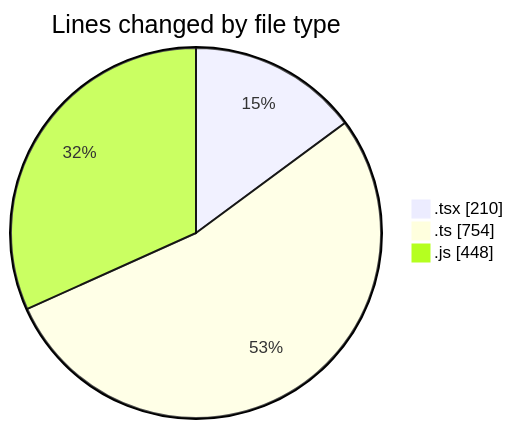
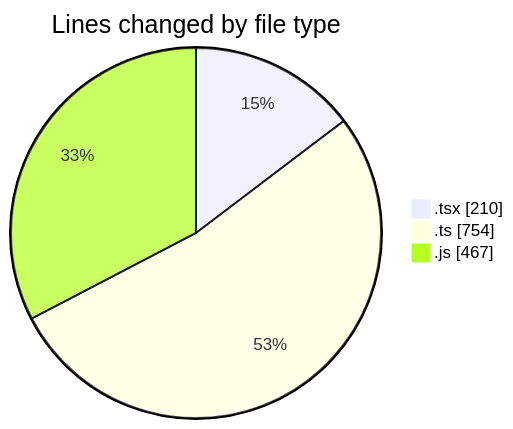
Before and after one commit to momahboobian/code-tracking: the first of 2 diagrams in 2026-06-01/cda/README.md, drawn with Mermaid. The commit also changed other lines of this file and 1 other file, not shown here.

````diff
--- a/2026-06-01/cda/README.md
+++ b/2026-06-01/cda/README.md
@@ -33,7 +34,7 @@
 ```mermaid
 pie showData
 title Lines changed by file type
 ".tsx" : 210
 ".ts" : 754
-".js" : 448
+".js" : 467
 ```
````
